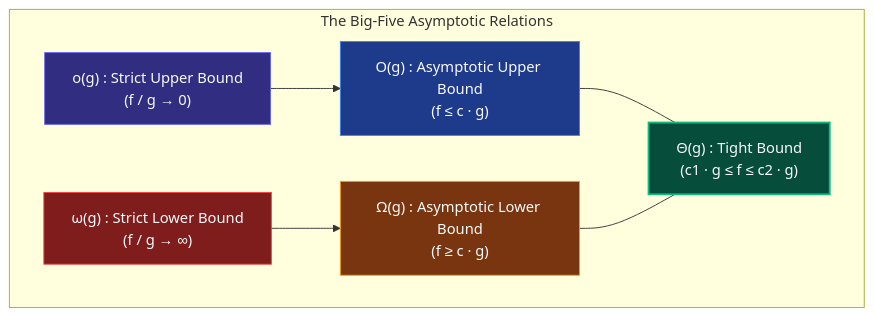
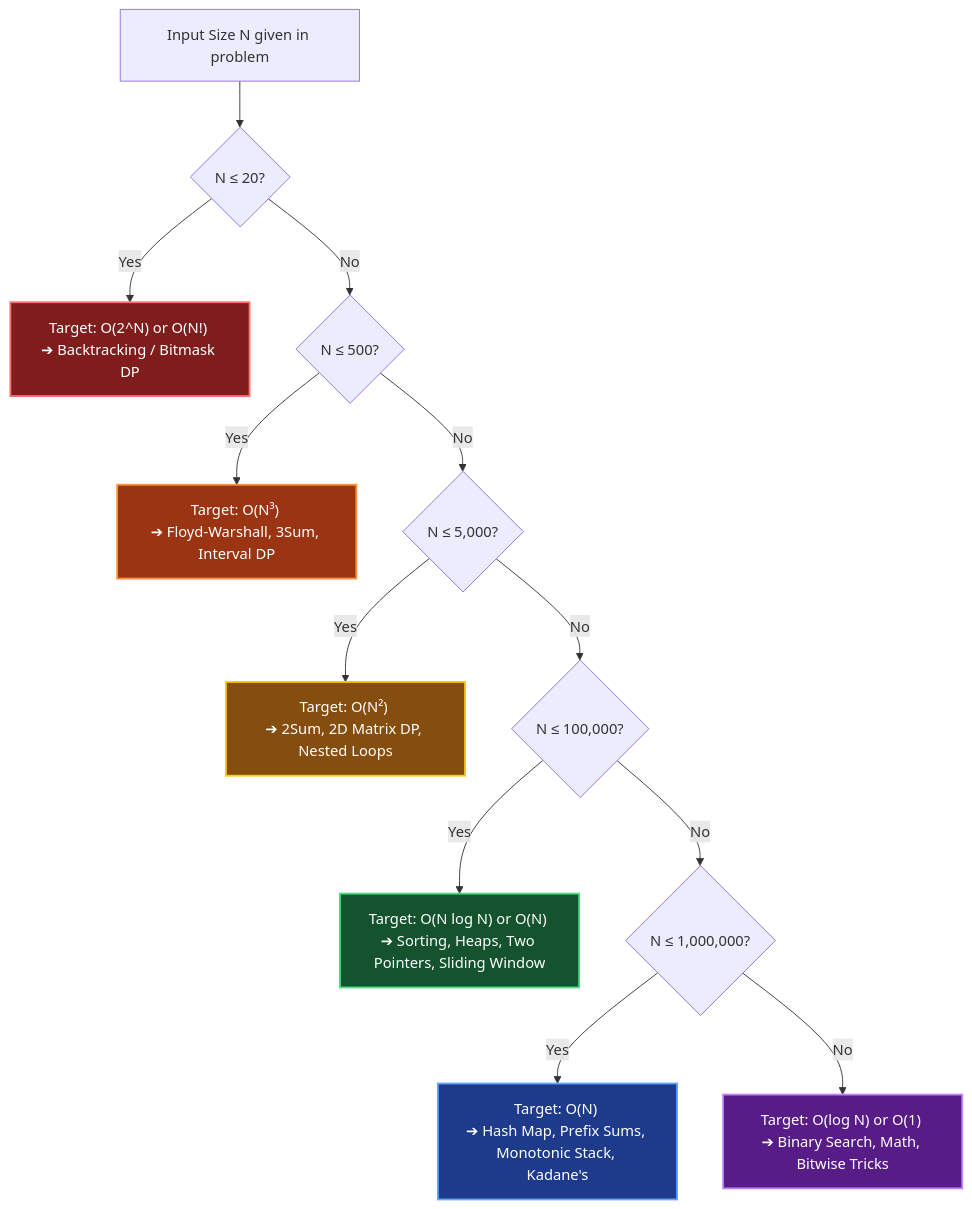
One commit to vadde/DSA changed the first of 2 diagrams in 00 - Fundamentals/000 - Theoretical Foundations (The Complete Guide)/02_asymptotic_analysis_deep.md. Above: the diagram before and after it, drawn with Mermaid. The commit also changed other lines of this file and 14 other files, not shown here.

````diff
--- a/00 - Fundamentals/000 - Theoretical Foundations (The Complete Guide)/02_asymptotic_analysis_deep.md
+++ b/00 - Fundamentals/000 - Theoretical Foundations (The Complete Guide)/02_asymptotic_analysis_deep.md
@@ -72,21 +37,21 @@
 ```mermaid
 flowchart TD
-    subgraph BigFive["The Big-Five Asymptotic Relations"]
-        O["O(g) : Asymptotic Upper Bound\n(f ≤ c · g)"]
-        OMEGA["Ω(g) : Asymptotic Lower Bound\n(f ≥ c · g)"]
-        THETA["Θ(g) : Tight Bound\n(c1 · g ≤ f ≤ c2 · g)"]
-        LITTLE_O["o(g) : Strict Upper Bound\n(f / g → 0)"]
-        LITTLE_OMEGA["ω(g) : Strict Lower Bound\n(f / g → ∞)"]
+    N["Input Size N given in problem"] --> C1{"N ≤ 20?"}
+    C1 -- Yes --> A1["Target: O(2^N) or O(N!) \n➔ Backtracking / Bitmask DP"]
+    C1 -- No --> C2{"N ≤ 500?"}
+    C2 -- Yes --> A2["Target: O(N³) \n➔ Floyd-Warshall, 3Sum, Interval DP"]
+    C2 -- No --> C3{"N ≤ 5,000?"}
+    C3 -- Yes --> A3["Target: O(N²) \n➔ 2Sum, 2D Matrix DP, Nested Loops"]
+    C3 -- No --> C4{"N ≤ 100,000?"}
+    C4 -- Yes --> A4["Target: O(N log N) or O(N) \n➔ Sorting, Heaps, Two Pointers, Sliding Window"]
+    C4 -- No --> C5{"N ≤ 1,000,000?"}
+    C5 -- Yes --> A5["Target: O(N) \n➔ Hash Map, Prefix Sums, Monotonic Stack, Kadane's"]
+    C5 -- No --> A6["Target: O(log N) or O(1) \n➔ Binary Search, Math, Bitwise Tricks"]
 
-        O --- THETA
-        OMEGA --- THETA
-        LITTLE_O --> O
-        LITTLE_OMEGA --> OMEGA
-    end
-
-    style THETA fill:#064e3b,color:#f8fafc,stroke:#10b981,stroke-width:2px
-    style O fill:#1e3a8a,color:#f8fafc,stroke:#3b82f6
-    style OMEGA fill:#78350f,color:#f8fafc,stroke:#f59e0b
-    style LITTLE_O fill:#312e81,color:#f8fafc,stroke:#6366f1
-    style LITTLE_OMEGA fill:#7f1d1d,color:#f8fafc,stroke:#ef4444
+    style A1 fill:#7f1d1d,stroke:#f87171,stroke-width:2px,color:#fff
+    style A2 fill:#9a3412,stroke:#fb923c,stroke-width:2px,color:#fff
+    style A3 fill:#854d0e,stroke:#facc15,stroke-width:2px,color:#fff
+    style A4 fill:#14532d,stroke:#4ade80,stroke-width:2px,color:#fff
+    style A5 fill:#1e3a8a,stroke:#60a5fa,stroke-width:2px,color:#fff
+    style A6 fill:#581c87,stroke:#c084fc,stroke-width:2px,color:#fff
 ```
````
